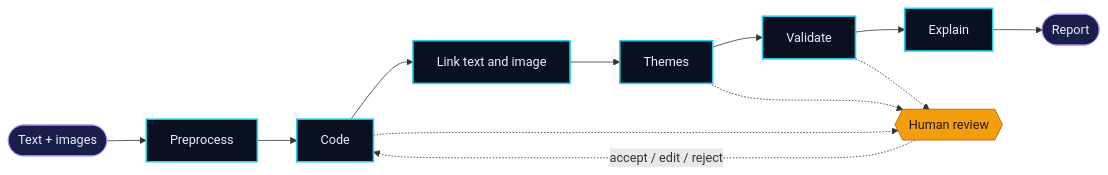
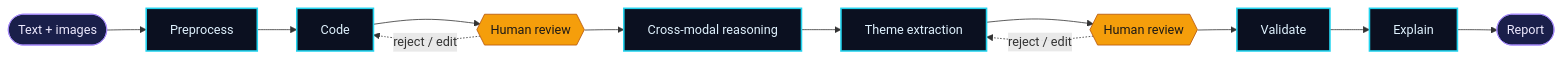
One commit to Mehrun-NisaRahman/Mehrun-NisaRahman changed the diagram in README.md. Above: the diagram before and after it, drawn with Mermaid. The commit also changed other lines of this file and 2 other files, not shown here.

````diff
--- a/README.md
+++ b/README.md
@@ -24,21 +35,20 @@
 ```mermaid
 flowchart LR
     D([Text + images]) --> P[Preprocess]
     P --> C[Code]
-    C --> L[Link text and image]
-    L --> T[Themes]
-    T --> V[Validate]
+    C --> H1{{Human review}}
+    H1 --> X[Cross-modal reasoning]
+    X --> T[Theme extraction]
+    T --> H2{{Human review}}
+    H2 --> V[Validate]
     V --> E[Explain]
     E --> R([Report])
-    H{{Human review}}
-    C -.-> H
-    T -.-> H
-    V -.-> H
-    H -.->|accept / edit / reject| C
+    H1 -.->|reject / edit| C
+    H2 -.->|reject / edit| T
     classDef agent fill:#0b1020,stroke:#22d3ee,stroke-width:2px,color:#e0f2fe
     classDef human fill:#f59e0b,stroke:#b45309,color:#1c1917
     classDef io fill:#1a1f4a,stroke:#a78bfa,color:#ede9fe
-    class P,C,L,T,V,E agent
-    class H human
+    class P,C,X,T,V,E agent
+    class H1,H2 human
     class D,R io
 ```
````
